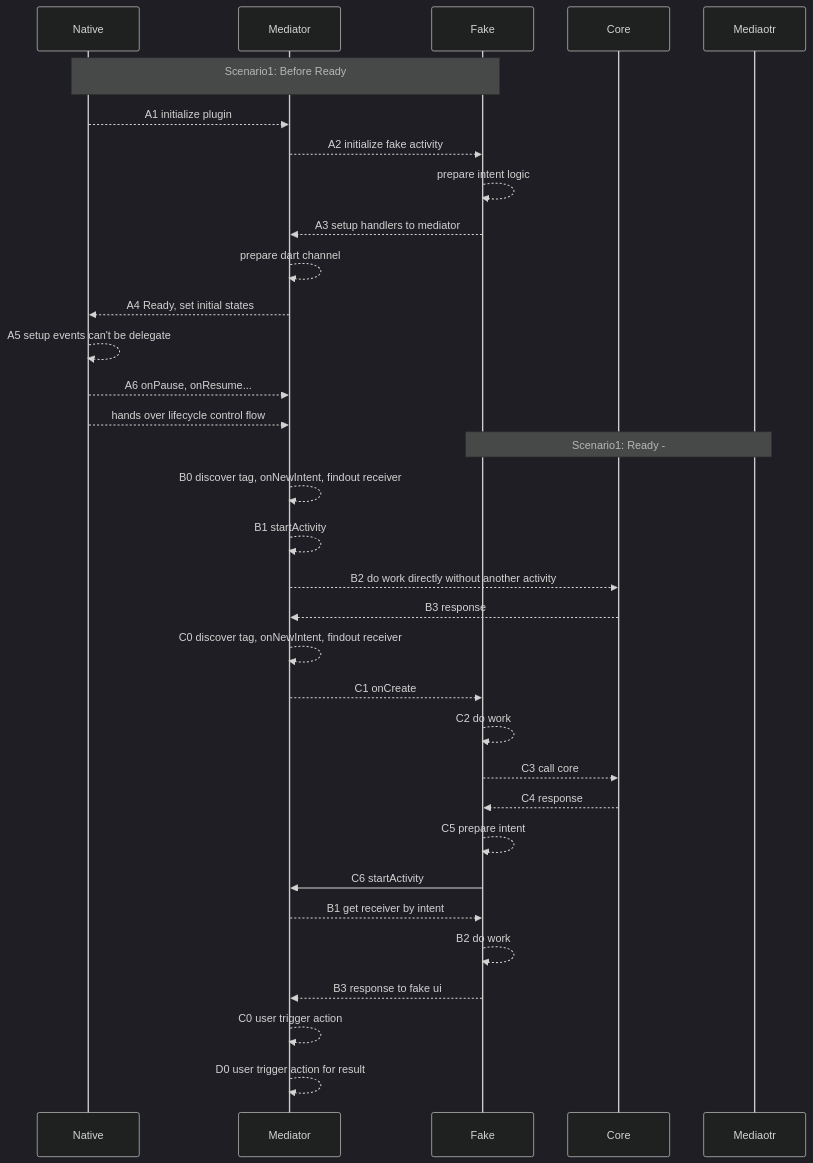
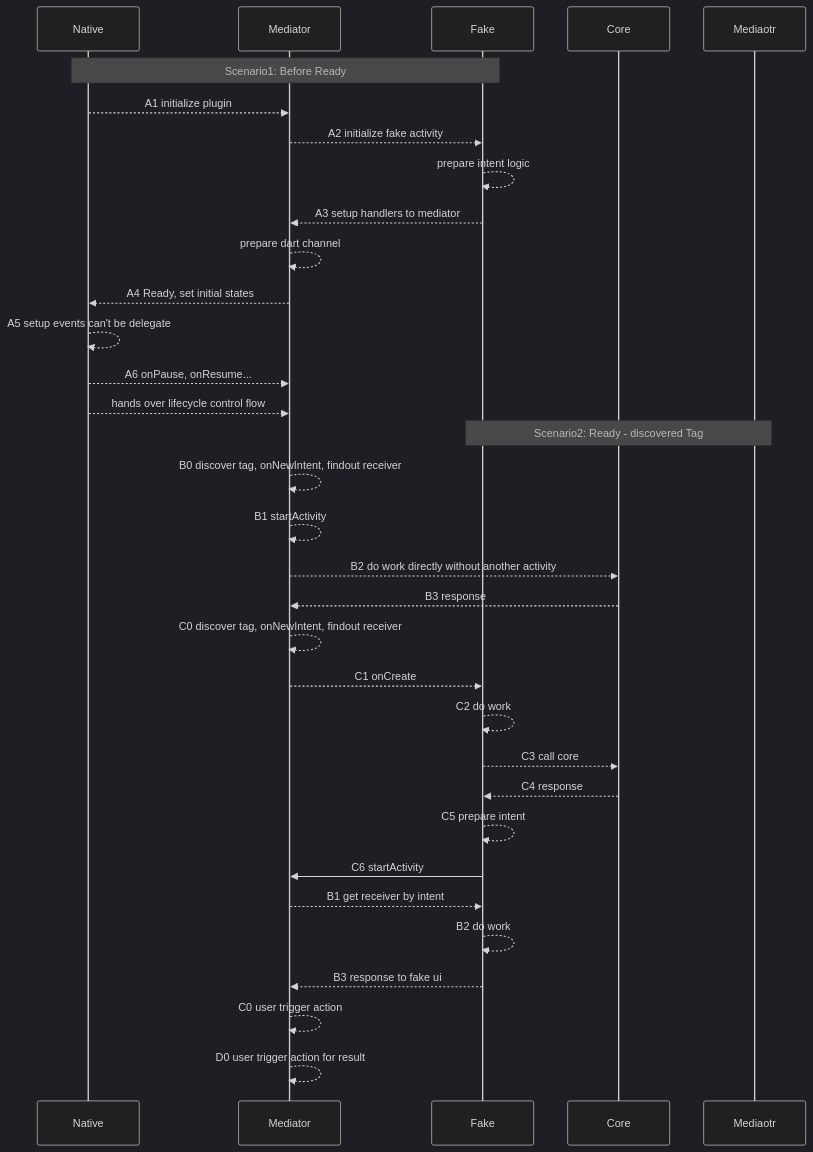
Before and after one commit to gordianknotC/nxp_note: the second of 2 diagrams in flutter/addActivityResultListener.md, drawn with Mermaid (dark theme). The commit also changed other lines of this file, not shown here.

Commit message:
flutter/addActivityResultListener.md updated from https://stackedit.io/

````diff
--- a/flutter/addActivityResultListener.md
+++ b/flutter/addActivityResultListener.md
@@ -55,44 +55,46 @@
 ```mermaid
 sequenceDiagram
 participant Native
 participant Mediator
 participant Fake
 participant Core
 
-Note over Native, Fake: Scenario1: Before Ready<br>
+Note over Native, Fake: Scenario1: Before Ready
+
 Native -->> Mediator: A1 initialize plugin
 Mediator -->> Fake: A2 initialize fake activity
 Fake -->> Fake: prepare intent logic
 Fake -->> Mediator: A3 setup handlers to mediator
 Mediator -->> Mediator: prepare dart channel
 Mediator -->> Native: A4 Ready, set initial states
 Native -->> Native: A5 setup events can't be delegate
 Native -->> Mediator: A6 onPause, onResume...
 Native -->> Mediator: hands over lifecycle control flow
 
 
-Note over Mediaotr, Fake: Scenario1: Ready - 
+Note over Mediaotr, Fake: Scenario2: Ready - discovered Tag 
+
 Mediator-->> Mediator: B0 discover tag, onNewIntent, findout receiver
 Mediator-->>Mediator: B1 startActivity
 Mediator-->>Core: B2 do work directly without another activity
 Core-->>Mediator: B3 response
 
 Mediator-->> Mediator: C0 discover tag, onNewIntent, findout receiver
 Mediator-->>Fake: C1 onCreate
 Fake-->>Fake: C2 do work
 Fake-->>Core:C3 call core
 Core-->>Fake:C4 response
 Fake-->>Fake:C5 prepare intent
 Fake->>Mediator: C6 startActivity
 
 Mediator-->>Fake: B1 get receiver by intent
 Fake-->>Fake:B2 do work
 
 Fake-->>Mediator:B3 response to fake ui
 
  
  Mediator-->>Mediator: C0 user trigger action
  
  Mediator-->>Mediator: D0 user trigger action for result
 
 ```
````
